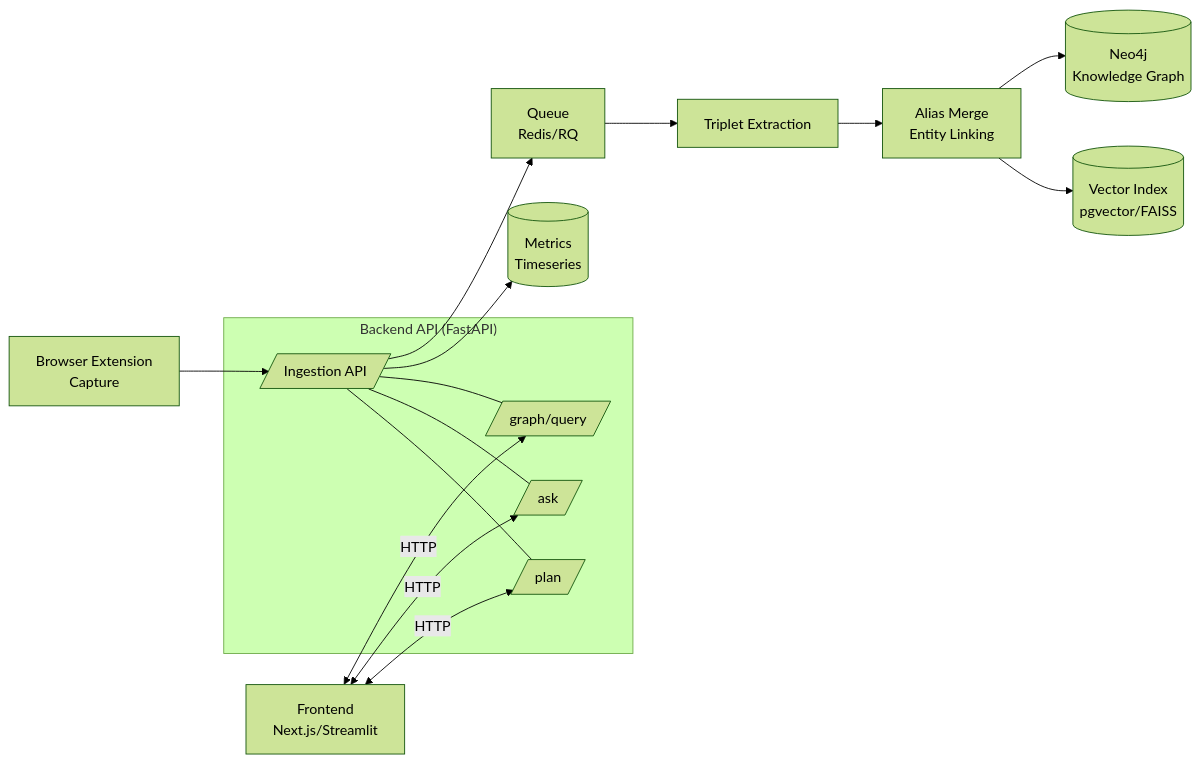
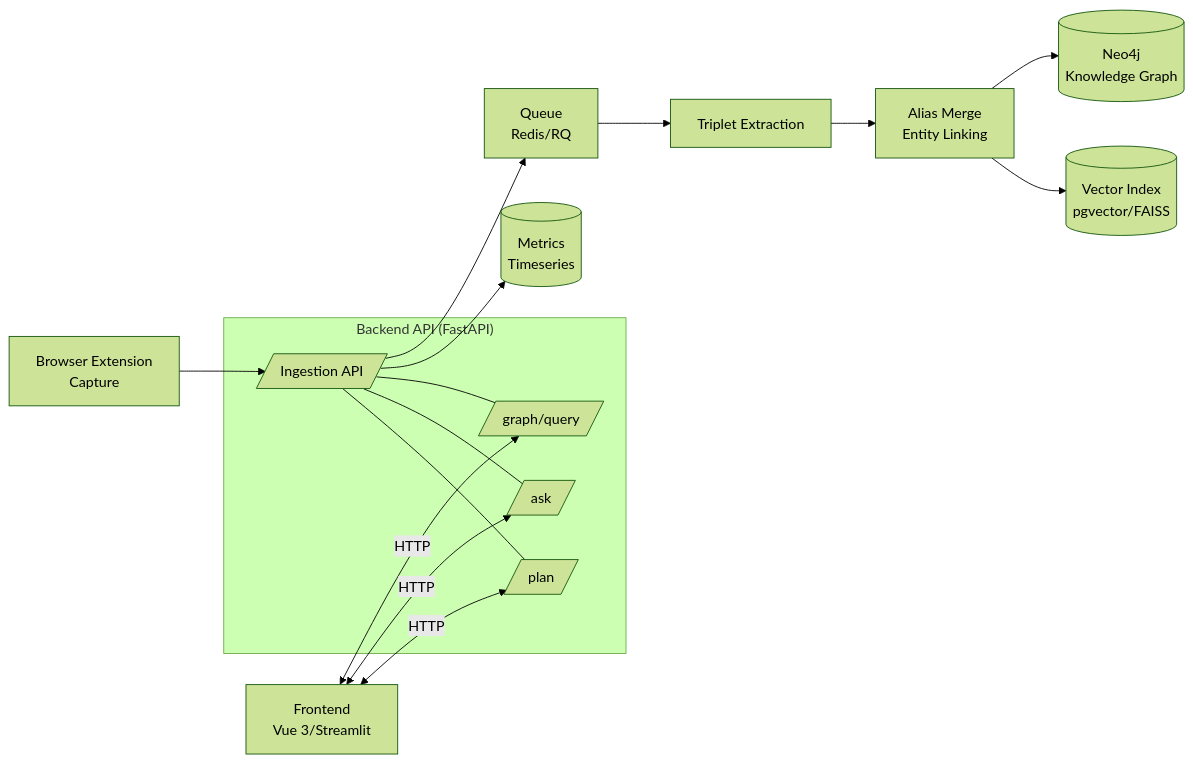
Before and after one commit to MapleQiAN/LunarInsight: the first of 2 diagrams in README.md, drawn with Mermaid (forest theme). The commit also changed other lines of this file and 27 other files, not shown here.

First line of the commit message:
Refactor frontend to Vue 3 with Vite and Element Plus

````diff
--- a/README.md
+++ b/README.md
@@ -27,20 +27,20 @@
 ```mermaid
 flowchart LR
   A[Browser Extension<br/>Capture] --> B[/Ingestion API/]
   B --> Q[Queue<br/>Redis/RQ]
   Q --> P1[Triplet Extraction]
   P1 --> P2[Alias Merge<br/>Entity Linking]
   P2 --> KG[(Neo4j<br/>Knowledge Graph)]
   P2 --> VS[(Vector Index<br/>pgvector/FAISS)]
   B --> M[(Metrics<br/>Timeseries)]
 
   subgraph BackendAPI["Backend API (FastAPI)"]
     B --- API1[/graph/query/]
     B --- API2[/ask/]
     B --- API3[/plan/]
   end
 
-  FE[Frontend<br/>Next.js/Streamlit] <-->|HTTP| API1
+  FE[Frontend<br/>Vue 3/Streamlit] <-->|HTTP| API1
   FE <-->|HTTP| API2
   FE <-->|HTTP| API3
 ```
````
